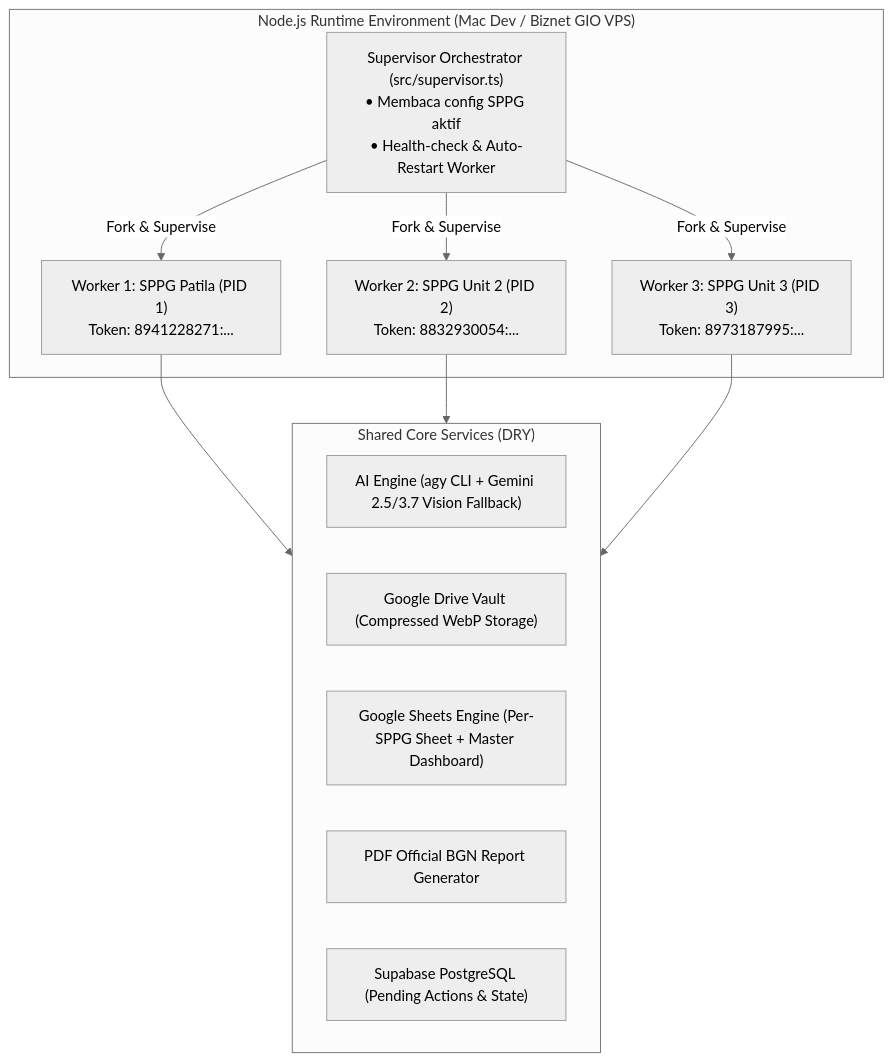
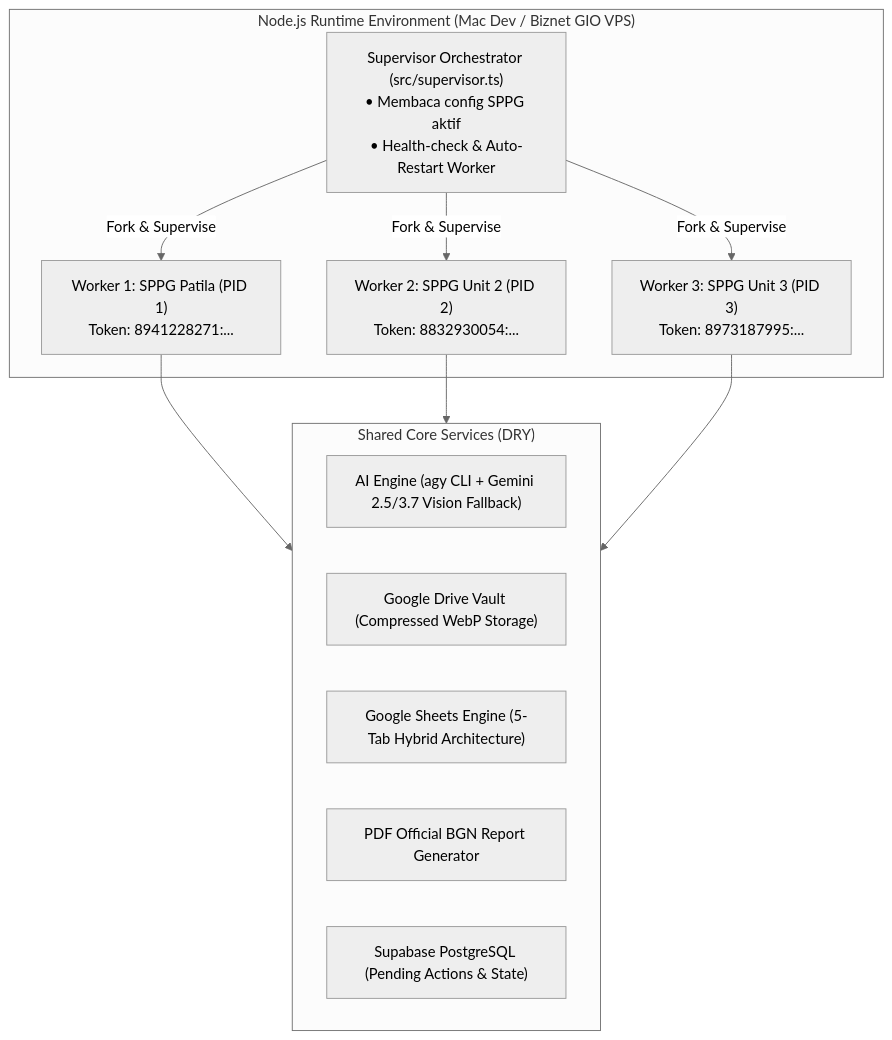
One commit to iza-aa/iza-sppg-agent changed the diagram in docs/superpowers/specs/2026-09-04-sppg-mbg-assistant-design.md. Above: the diagram before and after it, drawn with Mermaid (neutral theme). The commit also changed other lines of this file and 1 other file, not shown here.

Commit message:
docs: update spec and plan with 5-tab hybrid spreadsheet architecture and longevity principles

````diff
--- a/docs/superpowers/specs/2026-09-04-sppg-mbg-assistant-design.md
+++ b/docs/superpowers/specs/2026-09-04-sppg-mbg-assistant-design.md
@@ -41,26 +42,26 @@
 ```mermaid
 flowchart TD
     subgraph Host ["Node.js Runtime Environment (Mac Dev / Biznet GIO VPS)"]
         Supervisor["Supervisor Orchestrator (src/supervisor.ts)<br>• Membaca config SPPG aktif<br>• Health-check & Auto-Restart Worker"]
         
         W1["Worker 1: SPPG Patila (PID 1)<br>Token: 8941228271:..."]
         W2["Worker 2: SPPG Unit 2 (PID 2)<br>Token: 8832930054:..."]
         W3["Worker 3: SPPG Unit 3 (PID 3)<br>Token: 8973187995:..."]
         
         Supervisor -->|Fork & Supervise| W1
         Supervisor -->|Fork & Supervise| W2
         Supervisor -->|Fork & Supervise| W3
     end
 
     subgraph CoreServices ["Shared Core Services (DRY)"]
         AI["AI Engine (agy CLI + Gemini 2.5/3.7 Vision Fallback)"]
         GD["Google Drive Vault (Compressed WebP Storage)"]
-        GS["Google Sheets Engine (Per-SPPG Sheet + Master Dashboard)"]
+        GS["Google Sheets Engine (5-Tab Hybrid Architecture)"]
         PDF["PDF Official BGN Report Generator"]
         DB["Supabase PostgreSQL (Pending Actions & State)"]
     end
 
     W1 --> CoreServices
     W2 --> CoreServices
     W3 --> CoreServices
 ```
````
